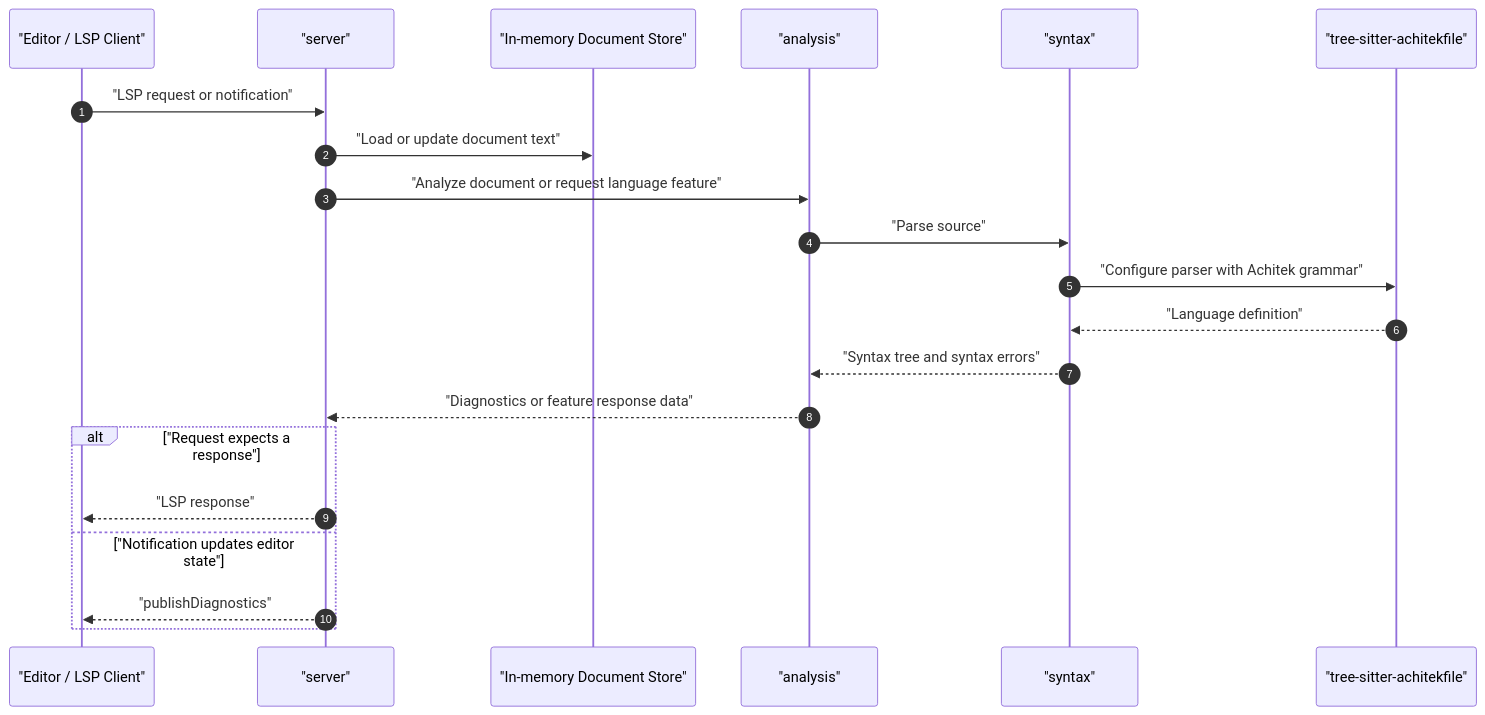
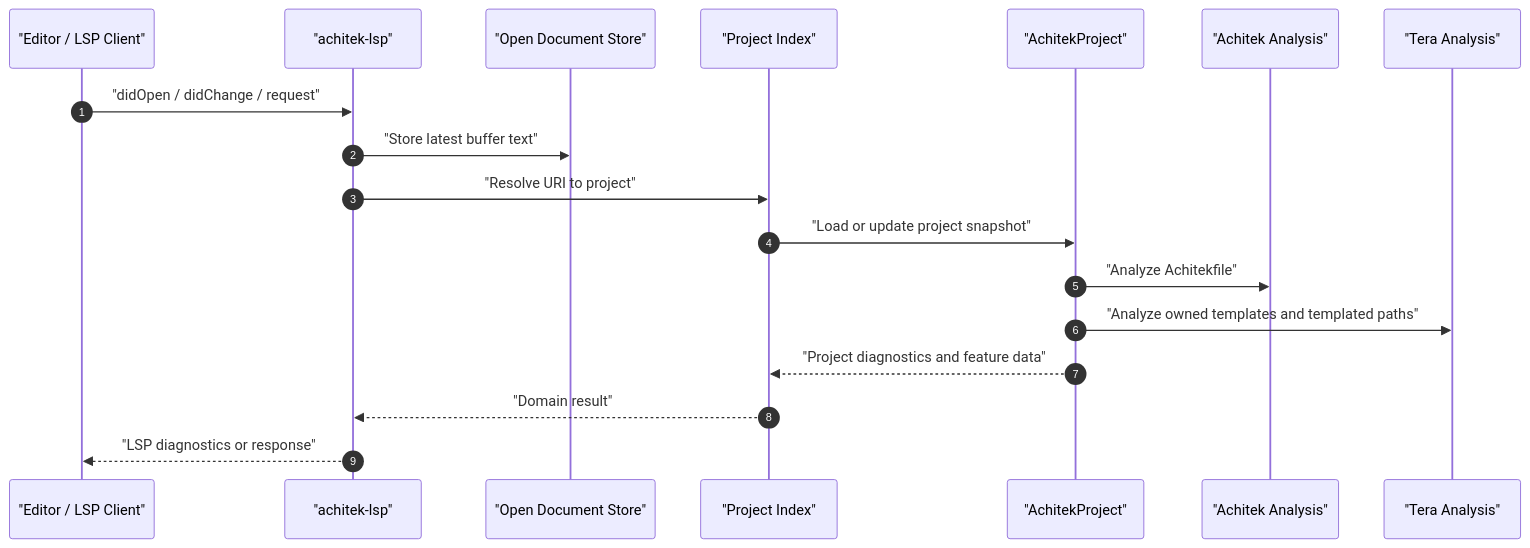
The second of 2 diagrams in docs/ARCHITECTURE.md (achitek-org/achitek-ls), drawn with Mermaid before and after one commit. The commit also changed other lines of this file, not shown here.

````diff
--- a/docs/ARCHITECTURE.md
+++ b/docs/ARCHITECTURE.md
@@ -76,25 +292,21 @@
 ```mermaid
 sequenceDiagram
     autonumber
     participant Editor as "Editor / LSP Client"
-    participant Server as "server"
-    participant Docs as "In-memory Document Store"
-    participant Analysis as "analysis"
-    participant Syntax as "syntax"
-    participant TS as "tree-sitter-achitekfile"
+    participant LSP as "achitek-lsp"
+    participant Docs as "Open Document Store"
+    participant Index as "Project Index"
+    participant Project as "AchitekProject"
+    participant Achitek as "Achitek Analysis"
+    participant Tera as "Tera Analysis"
 
-    Editor->>Server: "LSP request or notification"
-    Server->>Docs: "Load or update document text"
-    Server->>Analysis: "Analyze document or request language feature"
-    Analysis->>Syntax: "Parse source"
-    Syntax->>TS: "Configure parser with Achitek grammar"
-    TS-->>Syntax: "Language definition"
-    Syntax-->>Analysis: "Syntax tree and syntax errors"
-    Analysis-->>Server: "Diagnostics or feature response data"
-
-    alt "Request expects a response"
-        Server-->>Editor: "LSP response"
-    else "Notification updates editor state"
-        Server-->>Editor: "publishDiagnostics"
-    end
+    Editor->>LSP: "didOpen / didChange / request"
+    LSP->>Docs: "Store latest buffer text"
+    LSP->>Index: "Resolve URI to project"
+    Index->>Project: "Load or update project snapshot"
+    Project->>Achitek: "Analyze Achitekfile"
+    Project->>Tera: "Analyze owned templates and templated paths"
+    Project-->>Index: "Project diagnostics and feature data"
+    Index-->>LSP: "Domain result"
+    LSP-->>Editor: "LSP diagnostics or response"
 ```
````
